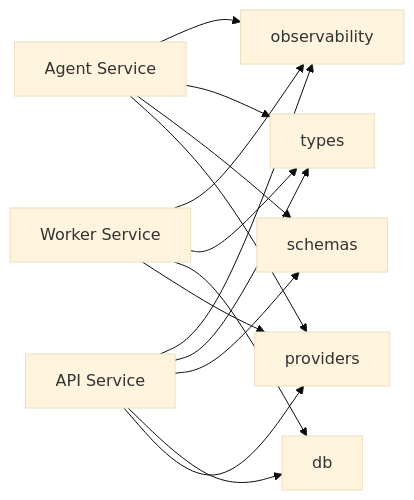
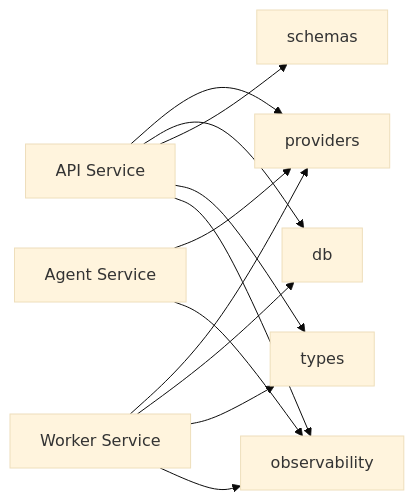
The fourth of 4 diagrams in docs/architecture/c4/c4-components.md (DavidRoyBlue/Autodidact), drawn with Mermaid (base theme) before and after one commit. The commit also changed other lines of this file and 67 other files, not shown here.

````diff
--- a/docs/architecture/c4/c4-components.md
+++ b/docs/architecture/c4/c4-components.md
@@ -103,16 +103,14 @@
 ```mermaid
 graph LR
     API[API Service] --> PROV[providers]
     AGENT[Agent Service] --> PROV
     WORKER[Worker Service] --> PROV
     API --> DB[db]
     WORKER --> DB
     API --> SCHEMAS[schemas]
-    AGENT --> SCHEMAS
     API --> TYPES[types]
-    AGENT --> TYPES
     WORKER --> TYPES
     API --> OBS[observability]
     AGENT --> OBS
     WORKER --> OBS
 ```
````
